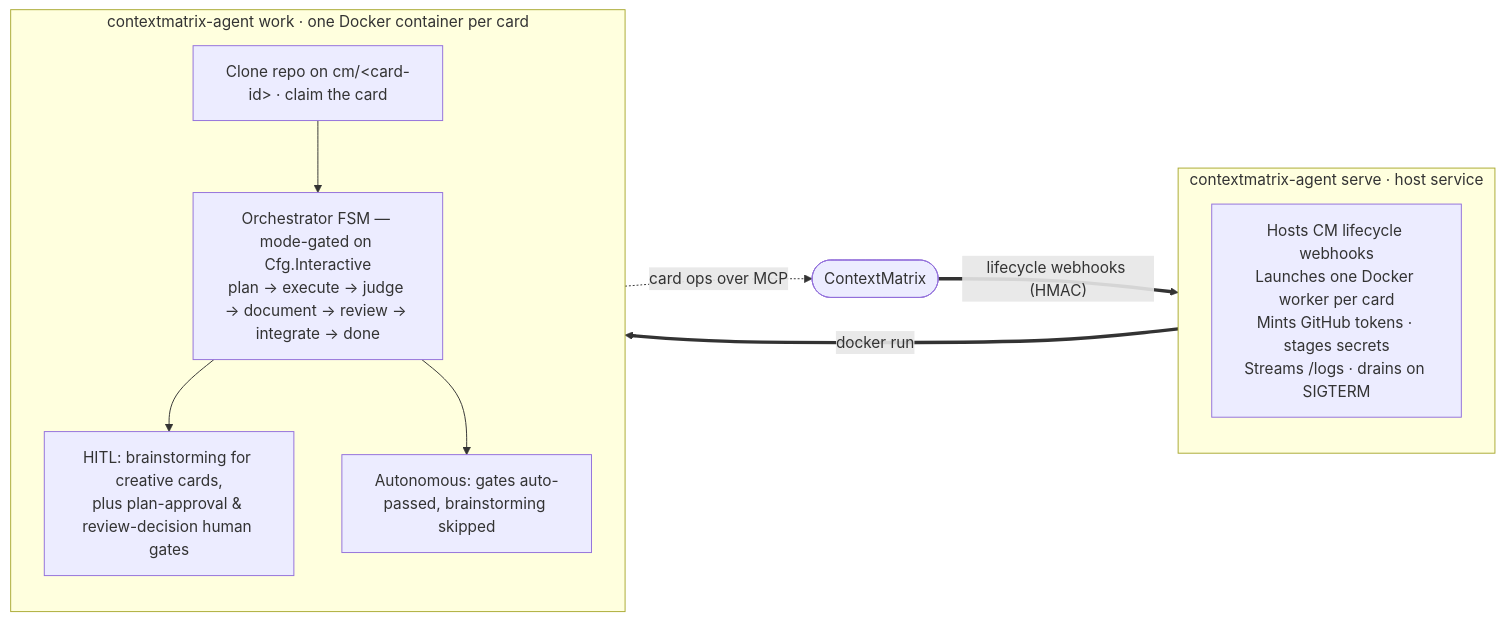
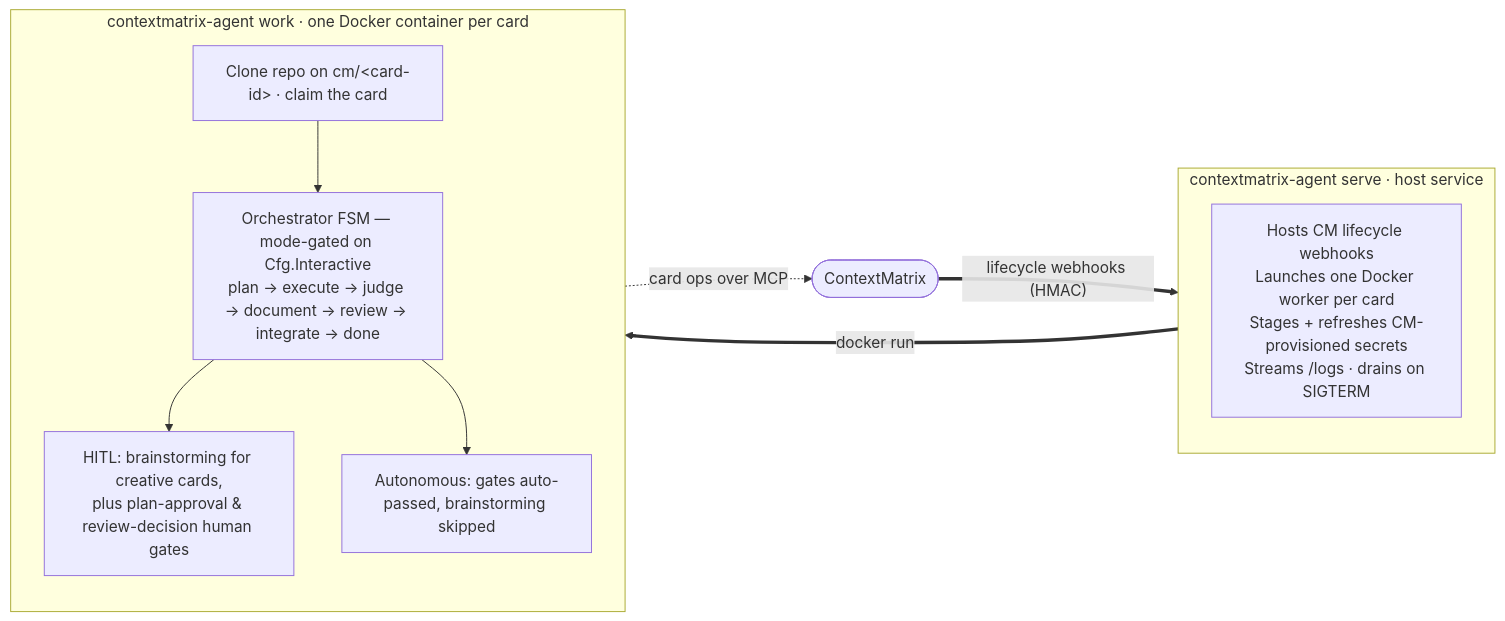
One commit to mhersson/contextmatrix-agent changed the diagram in README.md. Above: the diagram before and after it, drawn with Mermaid. The commit also changed other lines of this file and 60 other files, not shown here.

````diff
--- a/README.md
+++ b/README.md
@@ -40,24 +39,24 @@
 ```mermaid
 flowchart LR
     CM(["ContextMatrix"])
 
     subgraph serve["contextmatrix-agent serve · host service"]
         direction TB
-        S["Hosts CM lifecycle webhooks<br/>Launches one Docker worker per card<br/>Mints GitHub tokens · stages secrets<br/>Streams /logs · drains on SIGTERM"]
+        S["Hosts CM lifecycle webhooks<br/>Launches one Docker worker per card<br/>Stages + refreshes CM-provisioned secrets<br/>Streams /logs · drains on SIGTERM"]
     end
 
     subgraph work["contextmatrix-agent work · one Docker container per card"]
         direction TB
         W["Clone repo on cm/&lt;card-id&gt; · claim the card"]
         FSM["Orchestrator FSM — mode-gated on Cfg.Interactive<br/>plan → execute → judge → document → review → integrate → done"]
         HITL["HITL: brainstorming for creative cards,<br/>plus plan-approval &amp; review-decision human gates"]
         AUTO["Autonomous: gates auto-passed, brainstorming skipped"]
         W --> FSM
         FSM --> HITL
         FSM --> AUTO
     end
 
     CM ==>|"lifecycle webhooks (HMAC)"| S
     S ==>|"docker run"| W
     W -.->|"card ops over MCP"| CM
 ```
````
